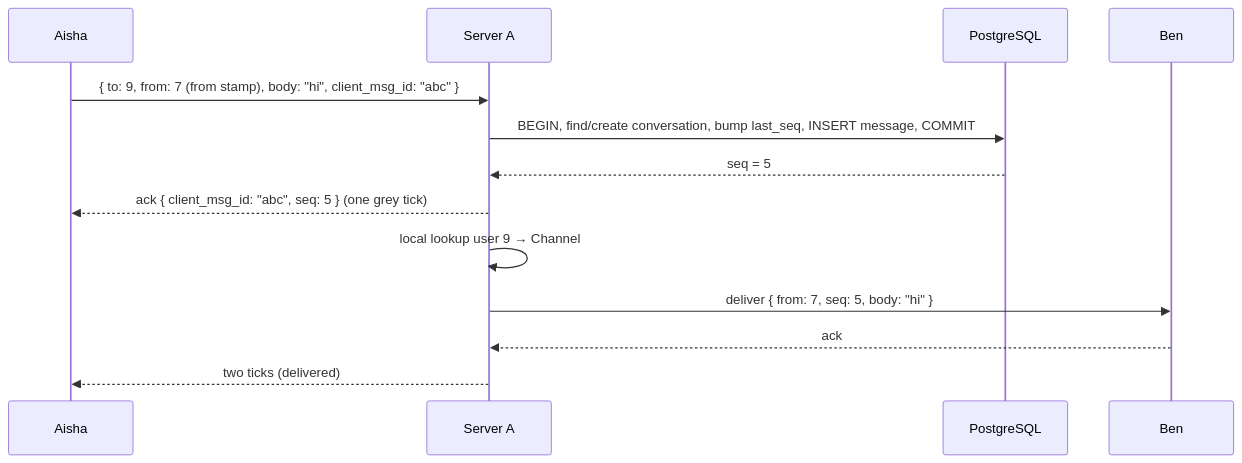
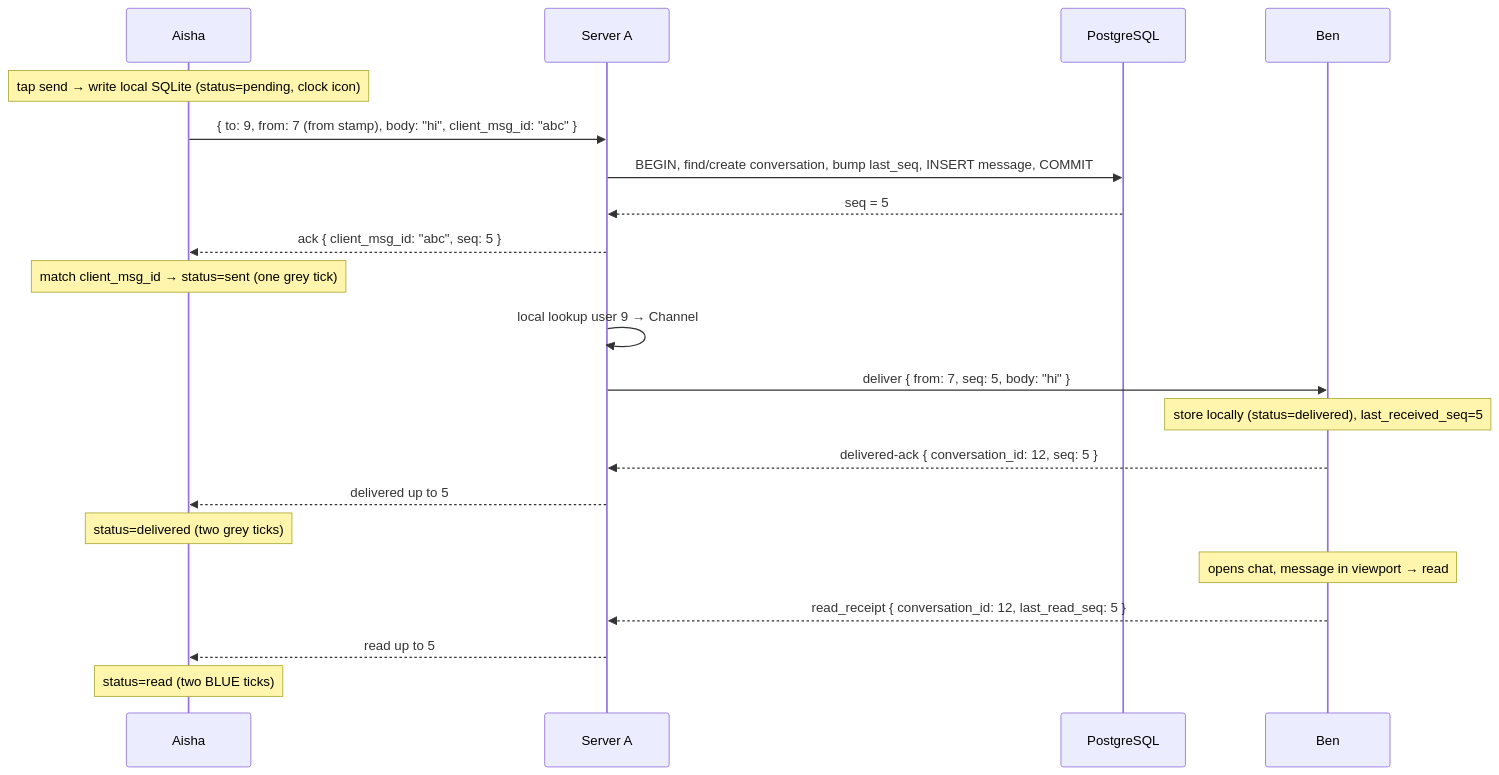
The second of 4 diagrams in system-design/new/04. whatsapp.md (psquared-dev/java-questions), drawn with Mermaid before and after one commit. The commit also changed other lines of this file, not shown here.

````diff
--- a/system-design/new/04. whatsapp.md
+++ b/system-design/new/04. whatsapp.md
@@ -412,15 +474,23 @@
 ```mermaid
 sequenceDiagram
     participant Aisha
     participant A as Server A
     participant PG as PostgreSQL
     participant Ben
+    Note over Aisha: tap send → write local SQLite (status=pending, clock icon)
     Aisha ->> A: { to: 9, from: 7 (from stamp), body: "hi", client_msg_id: "abc" }
     A ->> PG: BEGIN, find/create conversation, bump last_seq, INSERT message, COMMIT
     PG -->> A: seq = 5
-    A -->> Aisha: ack { client_msg_id: "abc", seq: 5 } (one grey tick)
+    A -->> Aisha: ack { client_msg_id: "abc", seq: 5 }
+    Note over Aisha: match client_msg_id → status=sent (one grey tick)
     A ->> A: local lookup user 9 → Channel
     A ->> Ben: deliver { from: 7, seq: 5, body: "hi" }
-    Ben -->> A: ack
-    A -->> Aisha: two ticks (delivered)
+    Note over Ben: store locally (status=delivered), last_received_seq=5
+    Ben -->> A: delivered-ack { conversation_id: 12, seq: 5 }
+    A -->> Aisha: delivered up to 5
+    Note over Aisha: status=delivered (two grey ticks)
+    Note over Ben: opens chat, message in viewport → read
+    Ben -->> A: read_receipt { conversation_id: 12, last_read_seq: 5 }
+    A -->> Aisha: read up to 5
+    Note over Aisha: status=read (two BLUE ticks)
 ```
````
